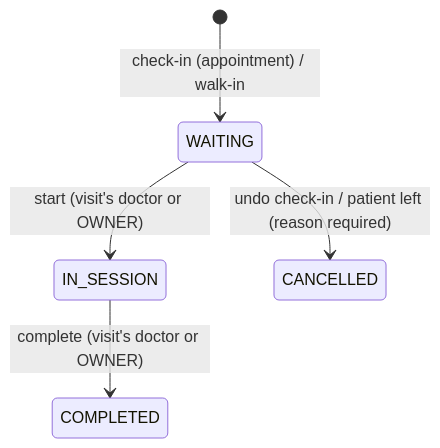
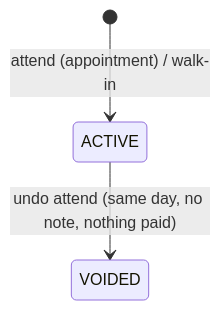
The second of 3 diagrams in backend/README.md (Abdulrhman-Gawish/rehab-clinic), drawn with Mermaid before and after one commit. The commit also changed other lines of this file and 51 other files, not shown here.

````diff
--- a/backend/README.md
+++ b/backend/README.md
@@ -326,7 +341,5 @@
 ```mermaid
 stateDiagram-v2
-    [*] --> WAITING: check-in (appointment) / walk-in
-    WAITING --> IN_SESSION: start (visit's doctor or OWNER)
-    WAITING --> CANCELLED: undo check-in / patient left (reason required)
-    IN_SESSION --> COMPLETED: complete (visit's doctor or OWNER)
+    [*] --> ACTIVE: attend (appointment) / walk-in
+    ACTIVE --> VOIDED: undo attend (same day, no note, nothing paid)
 ```
````
